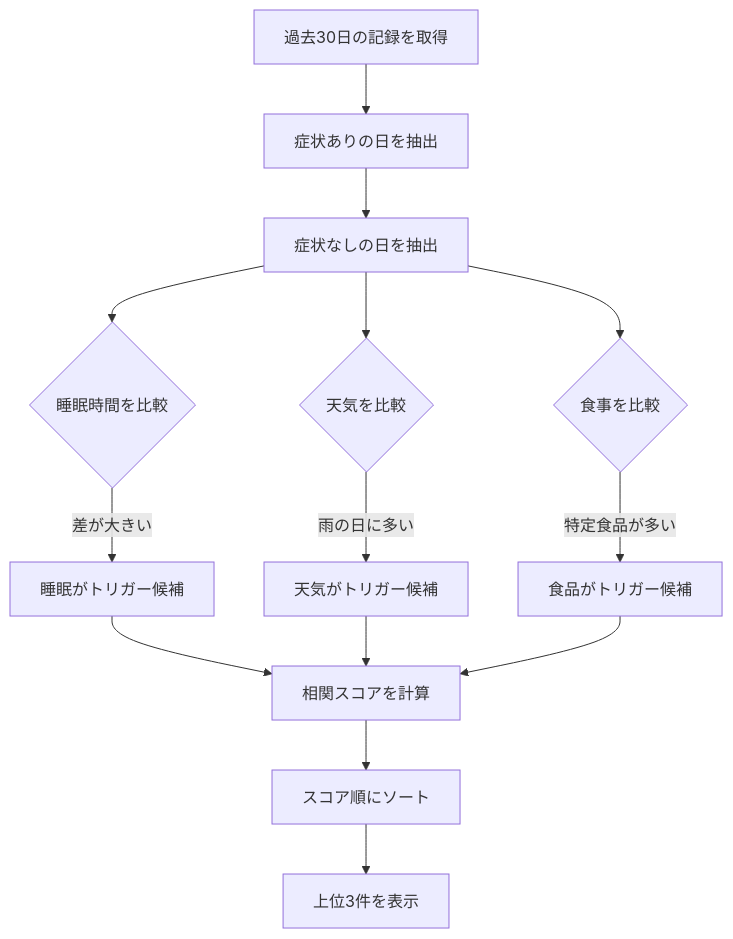
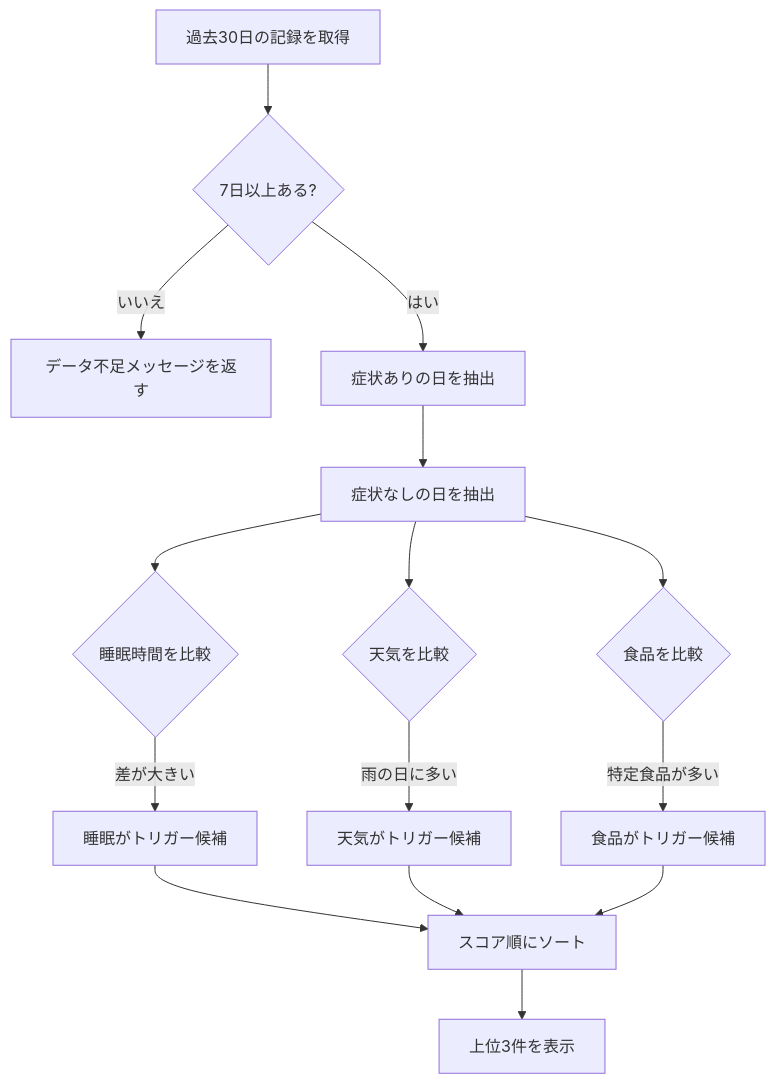
One commit to Syota622/TriggerSearch changed the tenth of 11 diagrams in document/APP/sequence.md. Above: the diagram before and after it, drawn with Mermaid. The commit also changed other lines of this file and 3 other files, not shown here.

````diff
--- a/document/APP/sequence.md
+++ b/document/APP/sequence.md
@@ -195,21 +302,24 @@
 ```mermaid
 flowchart TD
-    A[過去30日の記録を取得] --> B[症状ありの日を抽出]
-    B --> C[症状なしの日を抽出]
+    A[過去30日の記録を取得] --> B{7日以上ある?}
     
-    C --> D{睡眠時間を比較}
-    D -->|差が大きい| E[睡眠がトリガー候補]
+    B -->|いいえ| C[データ不足メッセージを返す]
     
-    C --> F{天気を比較}
-    F -->|雨の日に多い| G[天気がトリガー候補]
+    B -->|はい| D[症状ありの日を抽出]
+    D --> E[症状なしの日を抽出]
     
-    C --> H{食事を比較}
-    H -->|特定食品が多い| I[食品がトリガー候補]
+    E --> F{睡眠時間を比較}
+    F -->|差が大きい| G[睡眠がトリガー候補]
     
-    E --> J[相関スコアを計算]
-    G --> J
-    I --> J
+    E --> H{天気を比較}
+    H -->|雨の日に多い| I[天気がトリガー候補]
     
-    J --> K[スコア順にソート]
-    K --> L[上位3件を表示]
+    E --> J{食品を比較}
+    J -->|特定食品が多い| K[食品がトリガー候補]
+    
+    G --> L[スコア順にソート]
+    I --> L
+    K --> L
+    
+    L --> M[上位3件を表示]
 ```
````
